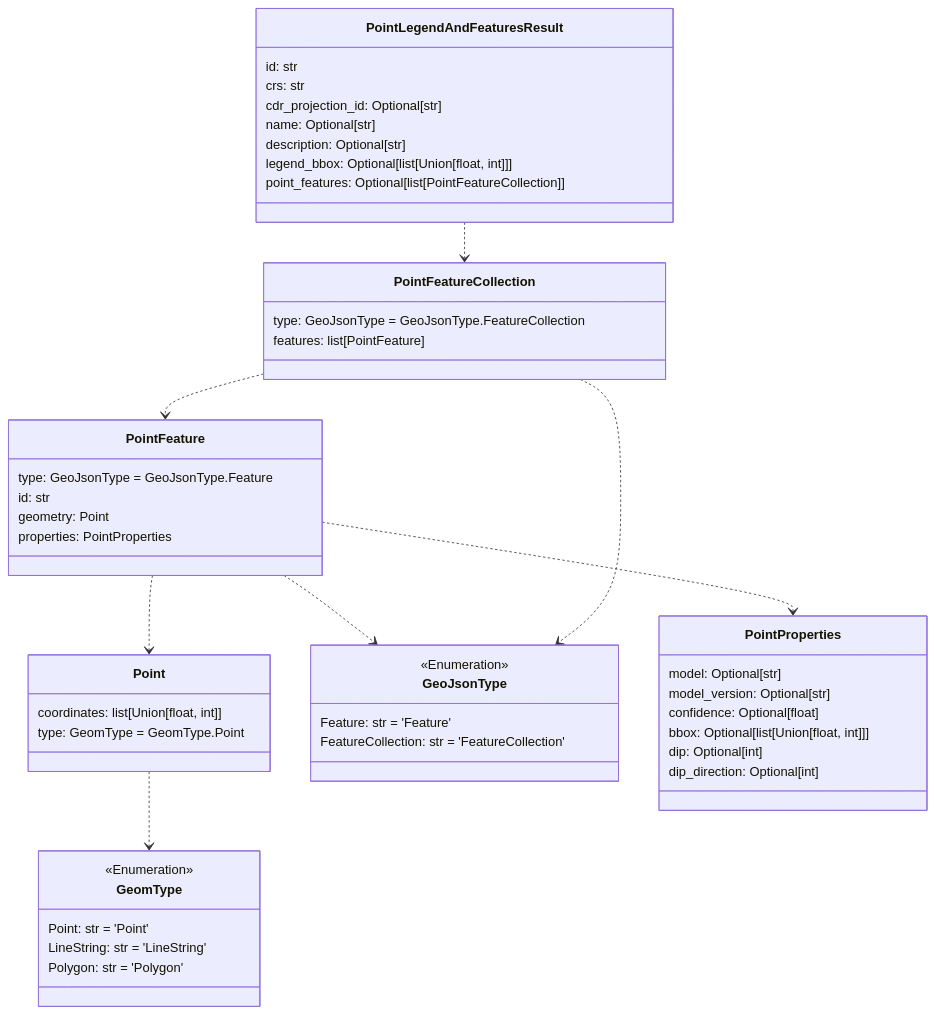
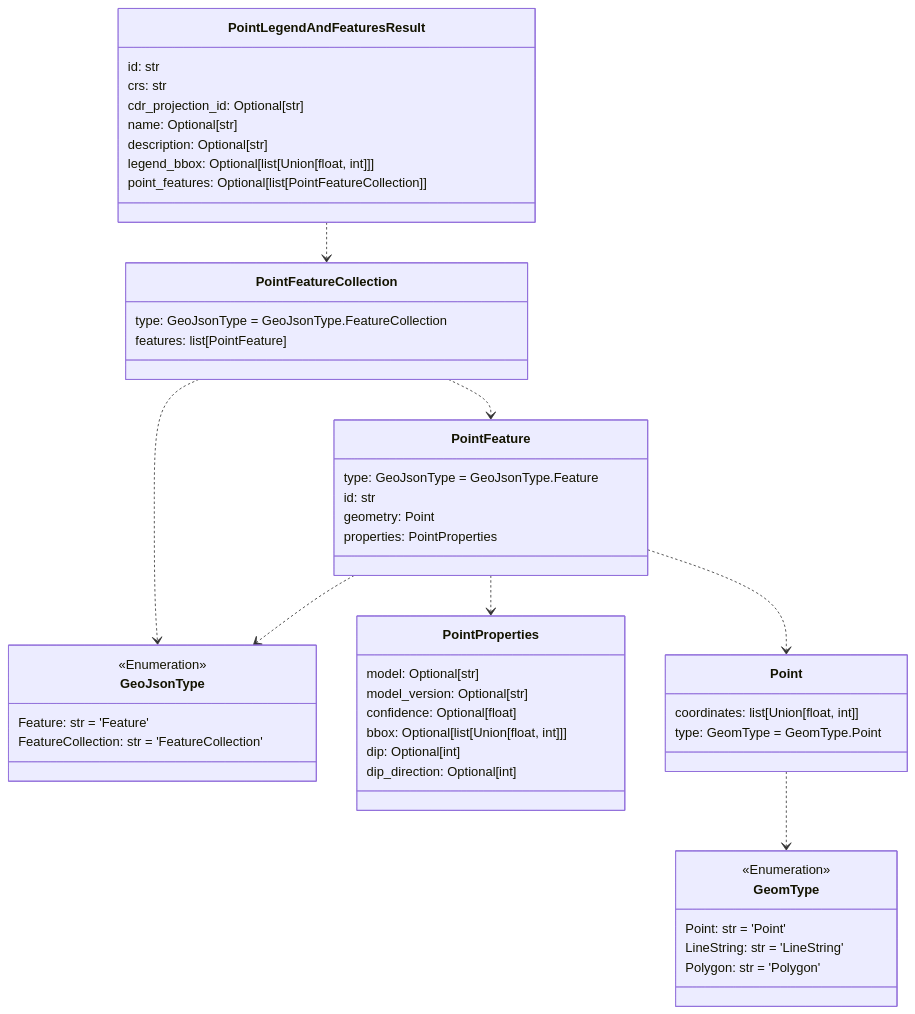
The fifth of 12 diagrams in README.md (DARPA-CRITICALMAAS/cdr_schemas), drawn with Mermaid before and after one commit. The commit also changed other lines of this file and 4 other files, not shown here.

````diff
--- a/README.md
+++ b/README.md
@@ -325,62 +341,62 @@
 ```mermaid
 classDiagram
 
-    class PointFeatureCollection {
-        type: GeoJsonType = GeoJsonType.FeatureCollection
-        features: list[PointFeature]
+    class PointProperties {
+        model: Optional[str]
+        model_version: Optional[str]
+        confidence: Optional[float]
+        bbox: Optional[list[Union[float, int]]]
+        dip: Optional[int]
+        dip_direction: Optional[int]
     }
 
     class PointLegendAndFeaturesResult {
         id: str
         crs: str
         cdr_projection_id: Optional[str]
         name: Optional[str]
         description: Optional[str]
         legend_bbox: Optional[list[Union[float, int]]]
         point_features: Optional[list[PointFeatureCollection]]
     }
 
-    class Point {
-        coordinates: list[Union[float, int]]
-        type: GeomType = GeomType.Point
-    }
-
-    class GeoJsonType {
+    class GeomType {
         <<Enumeration>>
-        Feature: str = 'Feature'
-        FeatureCollection: str = 'FeatureCollection'
+        Point: str = 'Point'
+        LineString: str = 'LineString'
+        Polygon: str = 'Polygon'
     }
 
     class PointFeature {
         type: GeoJsonType = GeoJsonType.Feature
         id: str
         geometry: Point
         properties: PointProperties
     }
 
-    class PointProperties {
-        model: Optional[str]
-        model_version: Optional[str]
-        confidence: Optional[float]
-        bbox: Optional[list[Union[float, int]]]
-        dip: Optional[int]
-        dip_direction: Optional[int]
+    class GeoJsonType {
+        <<Enumeration>>
+        Feature: str = 'Feature'
+        FeatureCollection: str = 'FeatureCollection'
     }
 
-    class GeomType {
-        <<Enumeration>>
-        Point: str = 'Point'
-        LineString: str = 'LineString'
-        Polygon: str = 'Polygon'
+    class Point {
+        coordinates: list[Union[float, int]]
+        type: GeomType = GeomType.Point
+    }
+
+    class PointFeatureCollection {
+        type: GeoJsonType = GeoJsonType.FeatureCollection
+        features: list[PointFeature]
     }
 
     Point ..> GeomType
+    PointFeature ..> GeoJsonType
     PointFeature ..> PointProperties
     PointFeature ..> Point
-    PointFeature ..> GeoJsonType
     PointFeatureCollection ..> GeoJsonType
     PointFeatureCollection ..> PointFeature
     PointLegendAndFeaturesResult ..> PointFeatureCollection
 
 
 ```
````
